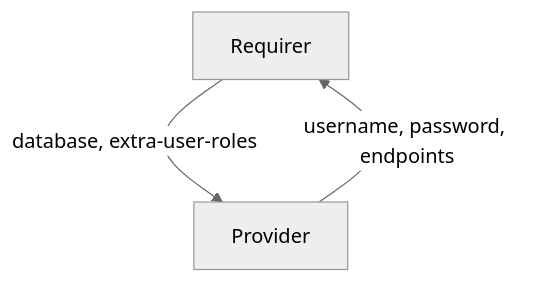
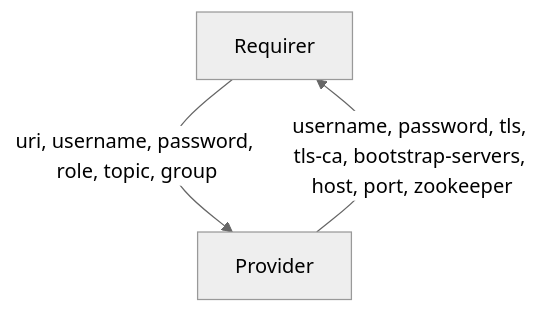
One commit to canonical/charm-relation-interfaces changed the diagram in kafka/README.md. Above: the diagram before and after it, drawn with Mermaid (neutral theme). The commit also changed other lines of this file and 3 other files, not shown here.

````diff
--- a/kafka/README.md
+++ b/kafka/README.md
@@ -12,5 +13,5 @@
 ```mermaid
 flowchart TD
-    Requirer -- database, extra-user-roles --> Provider
-    Provider -- username, password, endpoints --> Requirer
+    Requirer -- uri, username, password, role, topic, group --> Provider
+    Provider -- username, password, tls, tls-ca, bootstrap-servers, host, port, zookeeper --> Requirer
 ```
````
